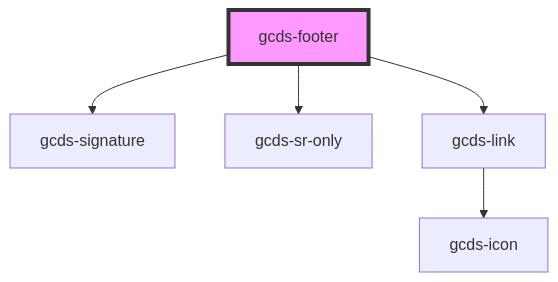
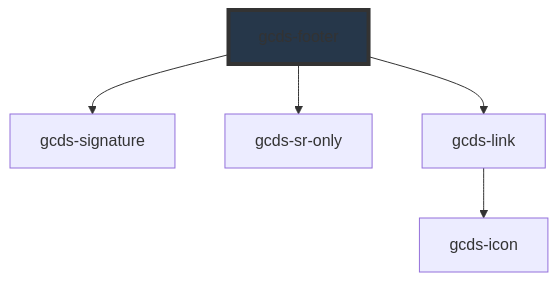
The diagram in packages/web/src/components/gcds-footer/readme.md (cds-snc/gcds-components), drawn with Mermaid before and after one commit. The commit also changed other lines of this file and 16 other files, not shown here.

````diff
--- a/packages/web/src/components/gcds-footer/readme.md
+++ b/packages/web/src/components/gcds-footer/readme.md
@@ -26,8 +35,8 @@
 ```mermaid
 graph TD;
   gcds-footer --> gcds-signature
   gcds-footer --> gcds-sr-only
   gcds-footer --> gcds-link
   gcds-link --> gcds-icon
-  style gcds-footer fill:#f9f,stroke:#333,stroke-width:4px
+  style gcds-footer fill:#26374a,stroke:#333,stroke-width:4px
 ```
````
